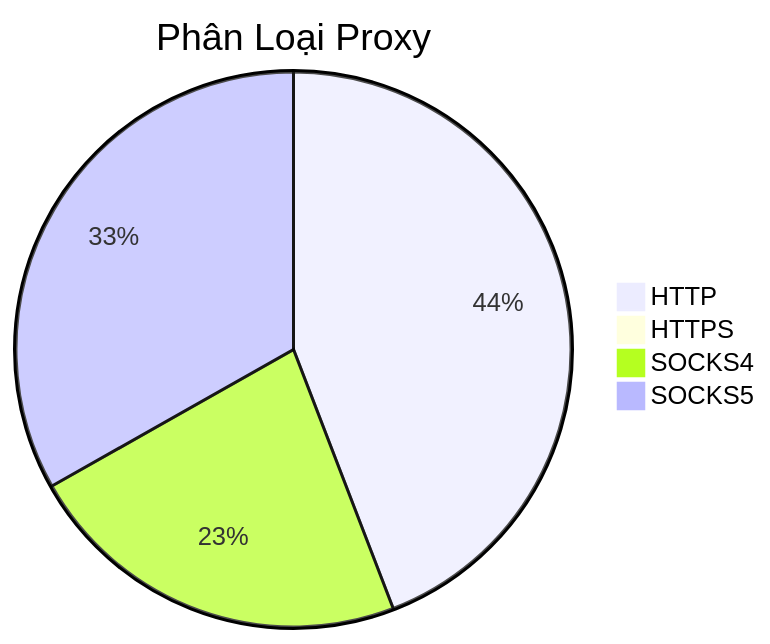
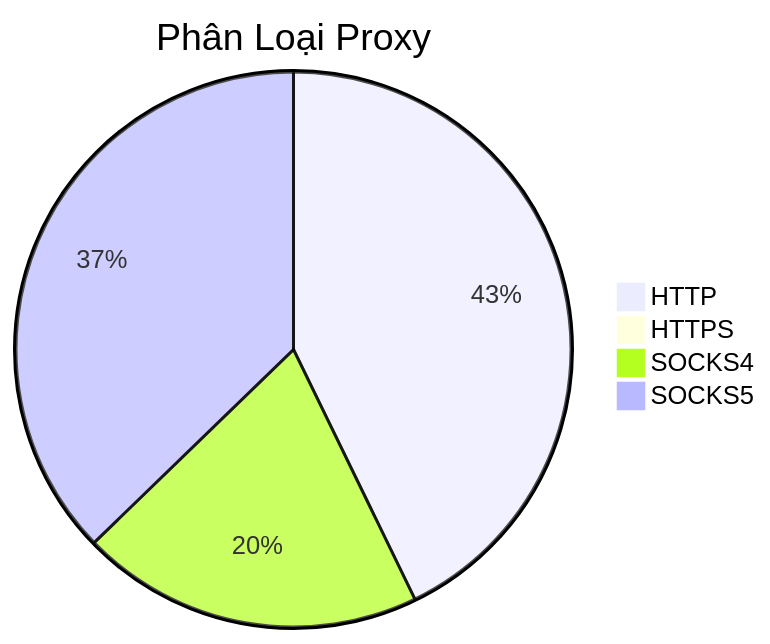
The diagram in README.md (Ciara-12/PROXY-free), drawn with Mermaid before and after one commit. The commit also changed other lines of this file and 4 other files, not shown here.

````diff
--- a/README.md
+++ b/README.md
@@ -26,7 +26,7 @@
 ```mermaid
 pie title Phân Loại Proxy
-    "HTTP" : 906
+    "HTTP" : 1010
     "HTTPS" : 3
-    "SOCKS4" : 465
-    "SOCKS5" : 681
+    "SOCKS4" : 471
+    "SOCKS5" : 879
 ```
````
